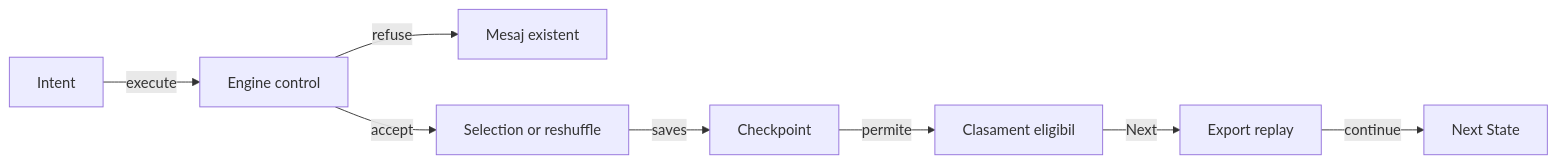
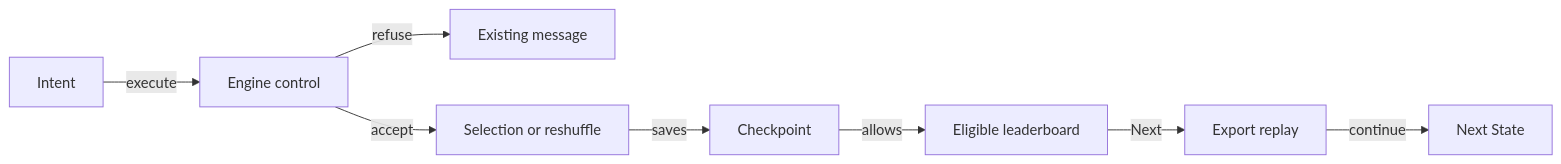
The third of 4 diagrams in whist-lab-app/app/src/main/java/ro/whistlab/app/README.md (crististefanita/atf_j4), drawn with Mermaid before and after one commit. The commit also changed other lines of this file and 126 other files, not shown here.

````diff
--- a/whist-lab-app/app/src/main/java/ro/whistlab/app/README.md
+++ b/whist-lab-app/app/src/main/java/ro/whistlab/app/README.md
@@ -179,10 +179,10 @@
 ```mermaid
 flowchart LR
     INTENT[Intent] -->|execute| COMMAND[Engine control]
-    COMMAND -->|refuse| REJECT[Mesaj existent]
+    COMMAND -->|refuse| REJECT[Existing message]
     COMMAND -->|accept| LOCAL[Selection or reshuffle]
     LOCAL -->|saves| CHECKPOINT[Checkpoint]
-    CHECKPOINT -->|permite| RANK[Clasament eligibil]
+    CHECKPOINT -->|allows| RANK[Eligible leaderboard]
     RANK -->|Next| EXPORT[Export replay]
     EXPORT -->|continue| NEXT[Next State]
 ```
````
